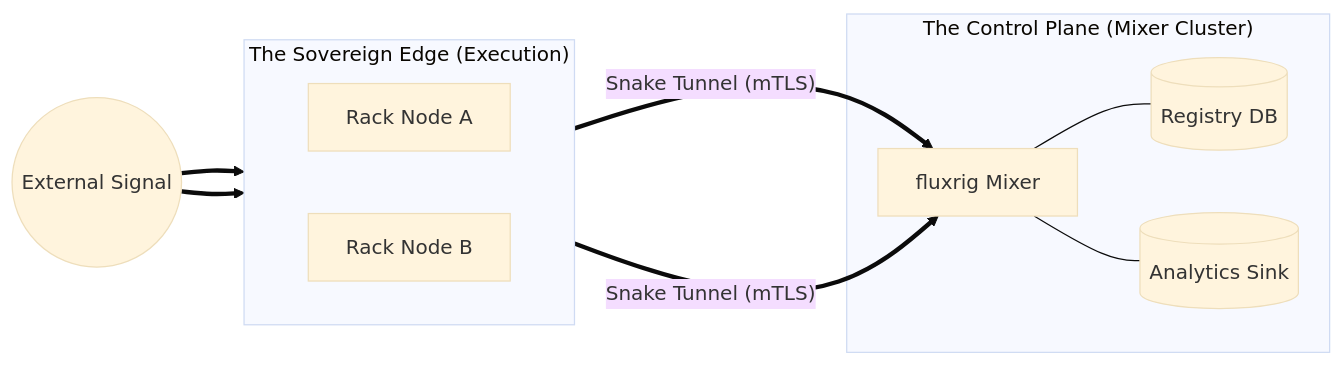
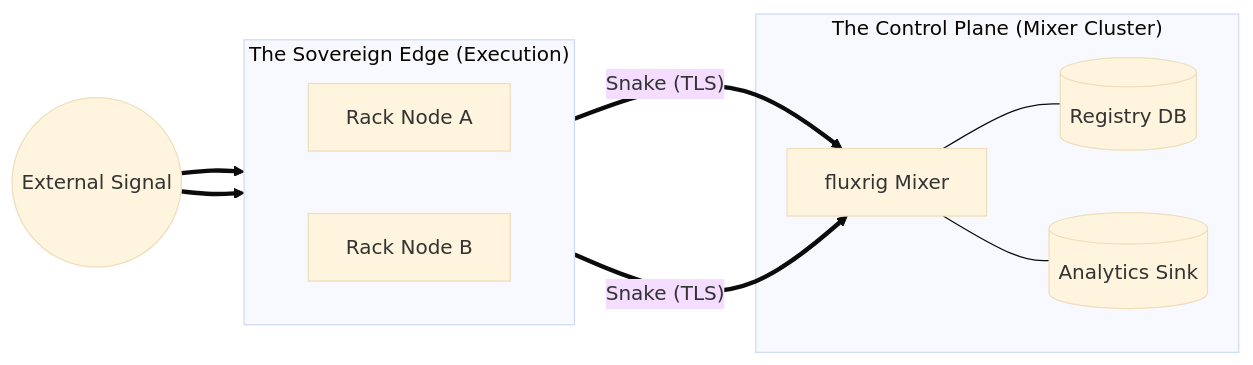
The diagram in docs/architecture/deployment.md (fluxrig/docs), drawn with Mermaid (base theme) before and after one commit. The commit also changed other lines of this file and 30 other files, not shown here.

````diff
--- a/docs/architecture/deployment.md
+++ b/docs/architecture/deployment.md
@@ -74,25 +74,25 @@
 ```mermaid
 graph LR
     subgraph Edge ["The Sovereign Edge (Execution)"]
         direction LR
         RackA[Rack Node A]
         RackB[Rack Node B]
     end
     subgraph Core ["The Control Plane (Mixer Cluster)"]
         Mixer[fluxrig Mixer]
         Registry[(Registry DB)]
         Archive[(Analytics Sink)]
     end
     
     %% Traffic Flow
     External((External Signal)) ==> RackA
     External ==> RackB
     
     %% Control Flow (The Snake)
-    RackA == "Snake Tunnel (mTLS)" ==> Mixer
-    RackB == "Snake Tunnel (mTLS)" ==> Mixer
+    RackA == "Snake (TLS)" ==> Mixer
+    RackB == "Snake (TLS)" ==> Mixer
     
     %% Persistence
     Mixer --- Registry
     Mixer --- Archive
 ```
````
